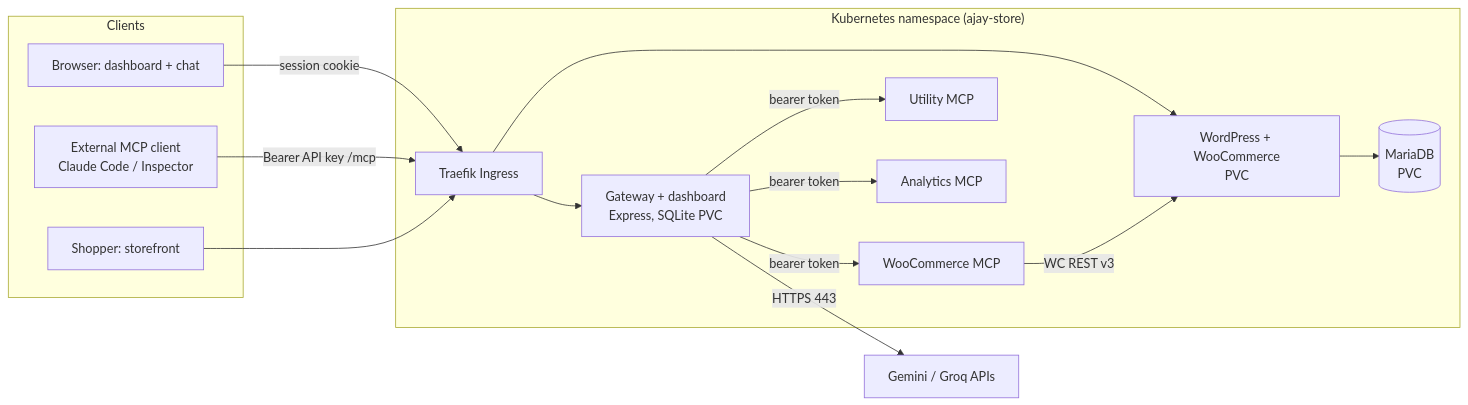
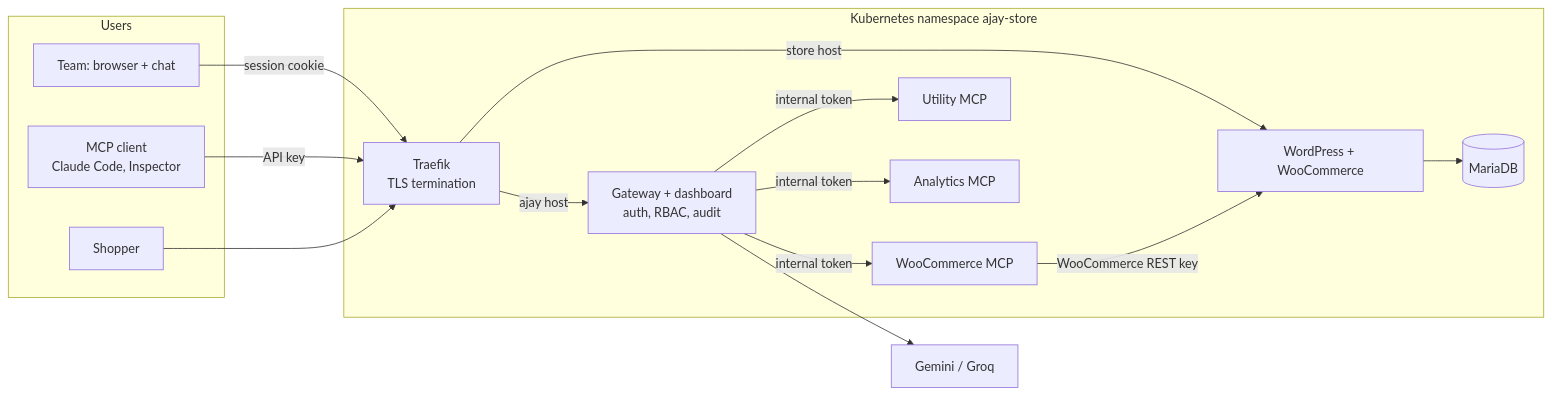
Before and after one commit to Ajay-Ankam/WooCommerceMCP: the diagram in README.md, drawn with Mermaid. The commit also changed other lines of this file and 9 other files, not shown here.

````diff
--- a/README.md
+++ b/README.md
@@ -61,29 +37,29 @@
 ```mermaid
 flowchart LR
-  subgraph Clients
-    B[Browser: dashboard + chat]
-    S[Shopper: storefront]
-    X[External MCP client<br/>Claude Code / Inspector]
+  subgraph Users
+    TEAM["Team: browser + chat"]
+    MCPC["MCP client<br/>Claude Code, Inspector"]
+    SHOP[Shopper]
   end
-  subgraph Cluster["Kubernetes namespace (ajay-store)"]
-    T[Traefik Ingress]
-    G[Gateway + dashboard<br/>Express, SQLite PVC]
-    W[WooCommerce MCP]
-    U[Utility MCP]
-    A[Analytics MCP]
-    WP[WordPress + WooCommerce<br/>PVC]
-    DB[(MariaDB<br/>PVC)]
+  subgraph K3S["Kubernetes namespace ajay-store"]
+    TR["Traefik<br/>TLS termination"]
+    GW["Gateway + dashboard<br/>auth, RBAC, audit"]
+    WOO[WooCommerce MCP]
+    UTIL[Utility MCP]
+    ANA[Analytics MCP]
+    WP[WordPress + WooCommerce]
+    DB[(MariaDB)]
   end
-  LLM[Gemini / Groq APIs]
-  B -->|session cookie| T
-  X -->|Bearer API key /mcp| T
-  S --> T
-  T --> G
-  T --> WP
-  G -->|bearer token| W
-  G -->|bearer token| U
-  G -->|bearer token| A
-  G -->|HTTPS 443| LLM
-  W -->|WC REST v3| WP
+  LLM[Gemini / Groq]
+  TEAM -->|session cookie| TR
+  MCPC -->|API key| TR
+  SHOP --> TR
+  TR -->|ajay host| GW
+  TR -->|store host| WP
+  GW -->|internal token| WOO
+  GW -->|internal token| UTIL
+  GW -->|internal token| ANA
+  GW --> LLM
+  WOO -->|WooCommerce REST key| WP
   WP --> DB
 ```
````
